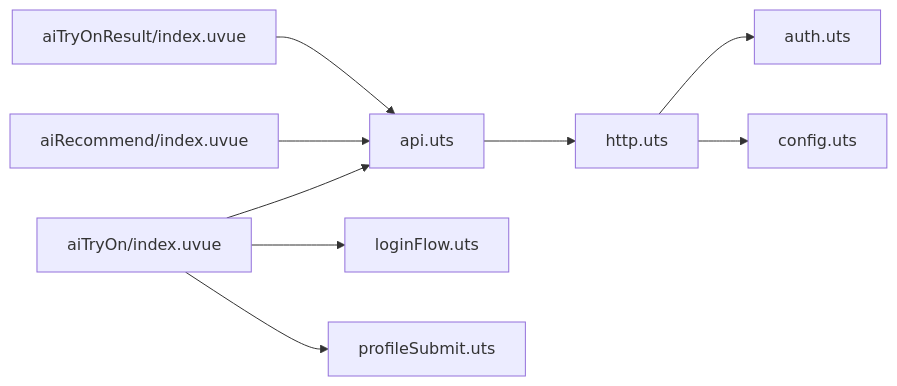
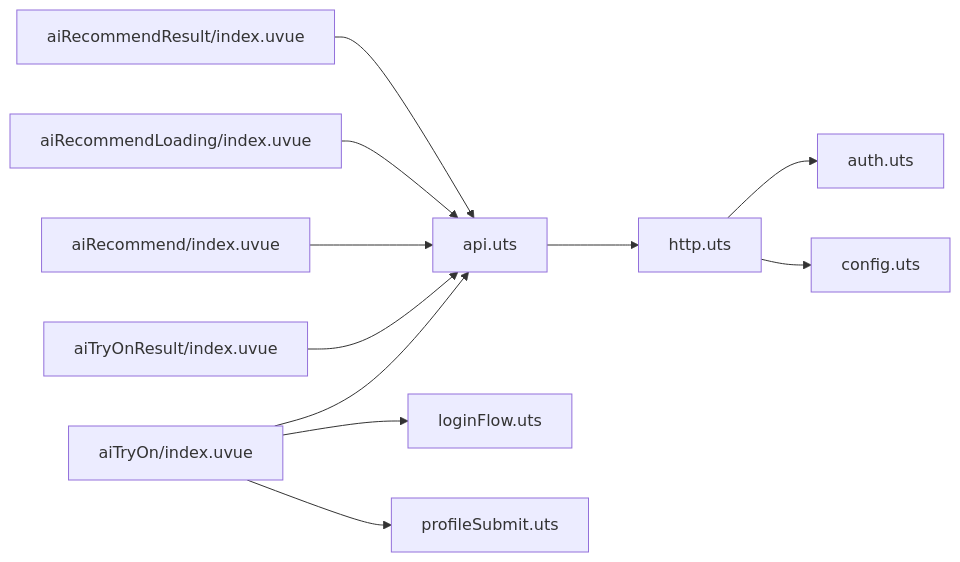
One commit to crazyma99/blueberry changed the eighth of 8 diagrams in .qoder/repowiki/zh/content/核心功能模块/AI试衣功能/AI试衣支付系统.md. Above: the diagram before and after it, drawn with Mermaid. The commit also changed other lines of this file and 6 other files, not shown here.

````diff
--- a/.qoder/repowiki/zh/content/核心功能模块/AI试衣功能/AI试衣支付系统.md
+++ b/.qoder/repowiki/zh/content/核心功能模块/AI试衣功能/AI试衣支付系统.md
@@ -372,11 +409,13 @@
 ```mermaid
 graph LR
 aiTryOn["aiTryOn/index.uvue"] --> api["api.uts"]
 aiTryOnResult["aiTryOnResult/index.uvue"] --> api
 aiRecommend["aiRecommend/index.uvue"] --> api
+aiRecommendLoading["aiRecommendLoading/index.uvue"] --> api
+aiRecommendResult["aiRecommendResult/index.uvue"] --> api
 api --> http["http.uts"]
 http --> auth["auth.uts"]
 http --> cfg["config.uts"]
 aiTryOn --> login["loginFlow.uts"]
 aiTryOn --> profile["profileSubmit.uts"]
 ```
````
